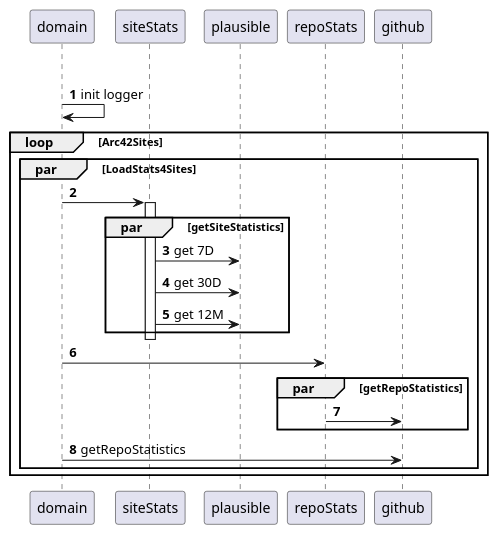
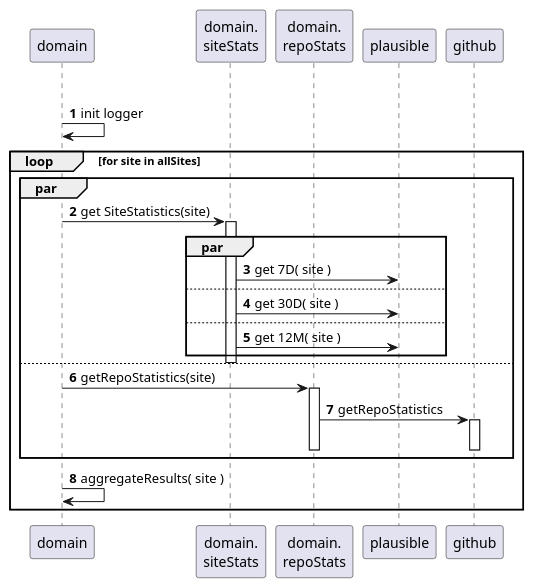
One commit to arc42/status.arc42.org-site changed the diagram in documentation/images/06-concurrent-API-access.puml. Above: the diagram before and after it, drawn with PlantUML. The commit also changed 9 other files, not shown here.

```diff
--- a/documentation/images/06-concurrent-API-access.puml
+++ b/documentation/images/06-concurrent-API-access.puml
@@ -1,28 +1,34 @@
 @startuml
 'https://plantuml.com/sequence-diagram
 
 autonumber
 
-
+participant domain
+participant "domain.\nsiteStats" as siteStats
+participant "domain.\nrepoStats" as repoStats
 group parallel [domain.go]
     domain -> domain : init logger
-    loop Arc42Sites
-      par LoadStats4Sites
-        domain -> siteStats
+    loop for site in allSites
+      par
+        domain -> siteStats: get SiteStatistics(site)
         activate siteStats
-        par getSiteStatistics
-            siteStats -> plausible: get 7D
-            siteStats -> plausible: get 30D
-            siteStats -> plausible: get 12M
+        par
+            siteStats -> plausible: get 7D( site )
+            else
+            siteStats -> plausible: get 30D( site )
+            else
+            siteStats -> plausible: get 12M( site )
         end
         deactivate siteStats
-        domain -> repoStats
-        par getRepoStatistics
-            repoStats -> github
-        end
-        domain -> github: getRepoStatistics
-
+        else
+        domain -> repoStats: getRepoStatistics(site)
+        activate repoStats
+            repoStats -> github: getRepoStatistics
+            activate github
+            deactivate github
+        deactivate repoStats
     end
+    domain -> domain: aggregateResults( site )
 
 end
 @enduml
```
